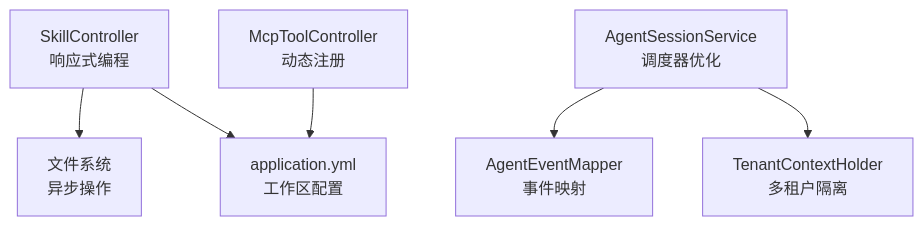
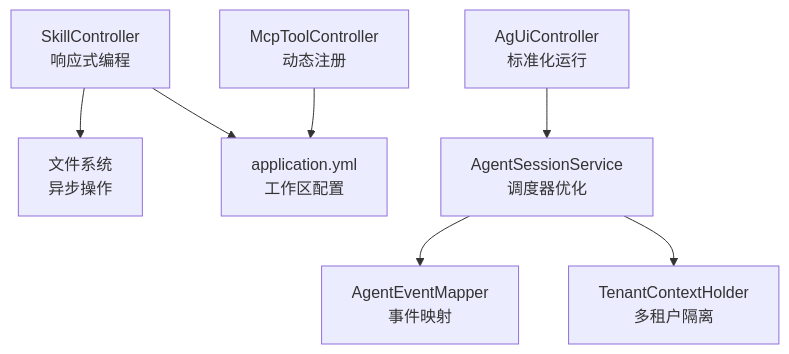
One commit to mengqiang81/agentic changed the seventh of 7 diagrams in .qoder/repowiki/zh/content/API 参考/技能控制器 API.md. Above: the diagram before and after it, drawn with Mermaid. The commit also changed other lines of this file and 32 other files, not shown here.

````diff
--- a/.qoder/repowiki/zh/content/API 参考/技能控制器 API.md
+++ b/.qoder/repowiki/zh/content/API 参考/技能控制器 API.md
@@ -335,8 +439,9 @@
 ```mermaid
 graph TB
 SC["SkillController<br/>响应式编程"] --> FS["文件系统<br/>异步操作"]
 SC --> CFG["application.yml<br/>工作区配置"]
 ASS["AgentSessionService<br/>调度器优化"] --> AEM["AgentEventMapper<br/>事件映射"]
 ASS --> TCH["TenantContextHolder<br/>多租户隔离"]
 MTC["McpToolController<br/>动态注册"] --> CFG
+AUC["AgUiController<br/>标准化运行"] --> ASS
 ```
````
